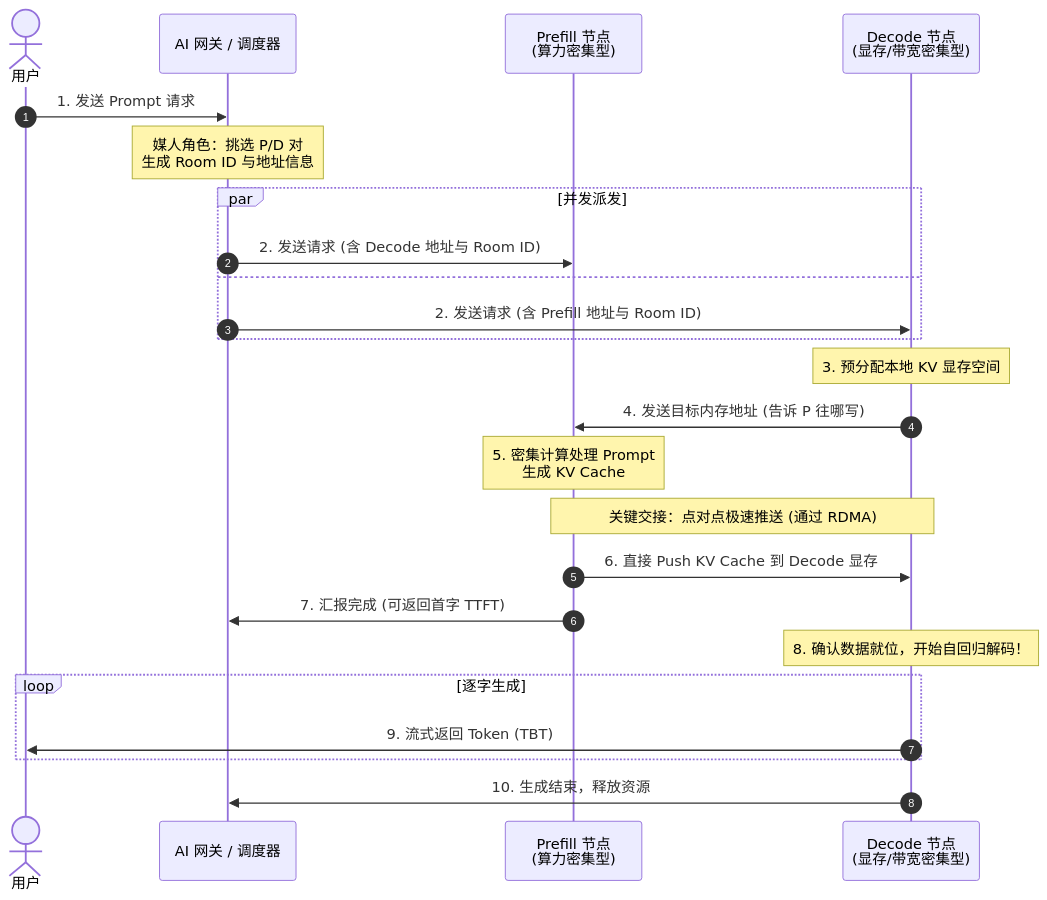
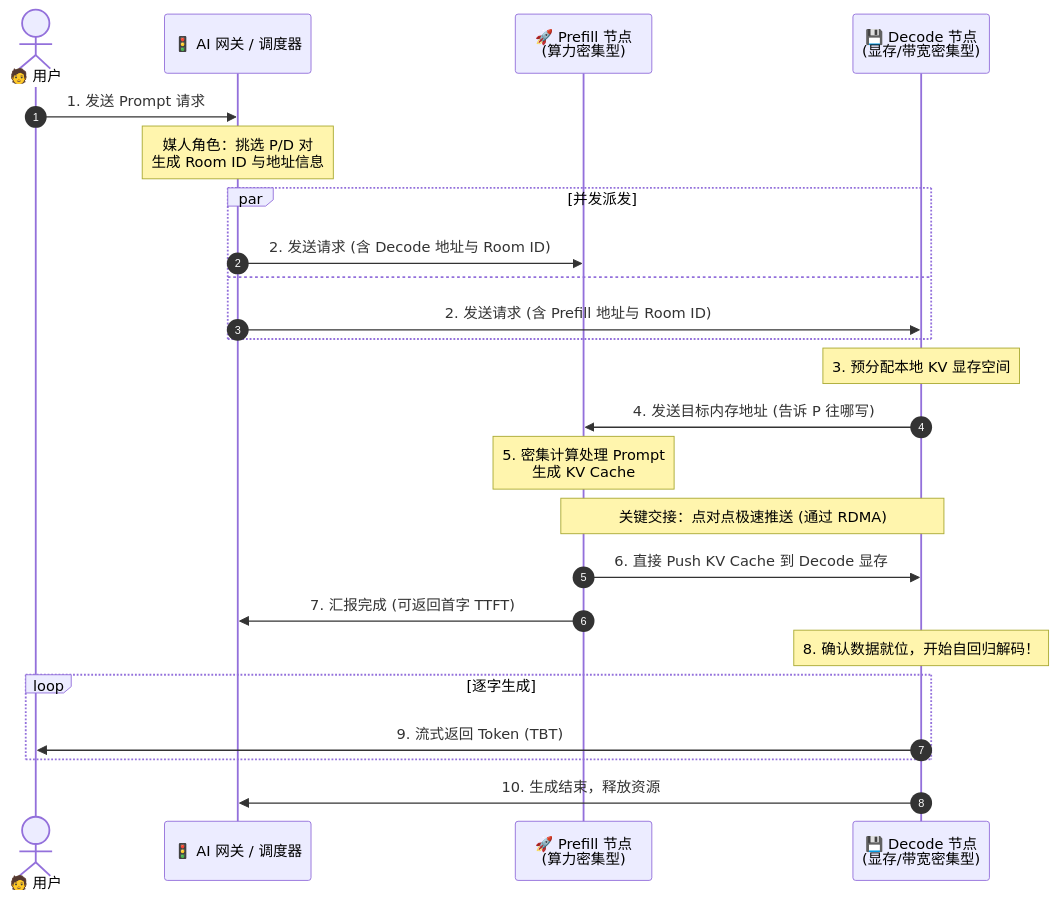
Before and after one commit to Random-Liu/llm-inference-principle-to-production: the diagram in parts/part4_distributed.cn.md, drawn with Mermaid. The commit also changed other lines of this file and 1 other file, not shown here.

Commit message:
style(distributed): Enhance disaggregated serving section with cross-links and emojis
Detailed summary of the changes:
- Added cross-links to Chapter 8 in both  and .
- Upgraded the hardware example from H100 to B200.
- Fixed mixed Chinese-English terms in Chapter 18, Section 3.
- Enhanced the Mermaid sequence diagram with appropriate emojis for all actors and participants.

````diff
--- a/parts/part4_distributed.cn.md
+++ b/parts/part4_distributed.cn.md
@@ -410,33 +410,33 @@
 ```mermaid
 sequenceDiagram
     autonumber
-    actor User as 用户
-    participant Gateway as AI 网关 / 调度器
-    participant Prefill as Prefill 节点<br/>(算力密集型)
-    participant Decode as Decode 节点<br/>(显存/带宽密集型)
+    actor User as 🧑 用户
+    participant Gateway as 🚦 AI 网关 / 调度器
+    participant Prefill as 🚀 Prefill 节点<br/>(算力密集型)
+    participant Decode as 💾 Decode 节点<br/>(显存/带宽密集型)
 
     User->>Gateway: 1. 发送 Prompt 请求
     Note over Gateway: 媒人角色：挑选 P/D 对<br/>生成 Room ID 与地址信息
     par 并发派发
         Gateway->>Prefill: 2. 发送请求 (含 Decode 地址与 Room ID)
     and
         Gateway->>Decode: 2. 发送请求 (含 Prefill 地址与 Room ID)
     end
     
     Note over Decode: 3. 预分配本地 KV 显存空间
     Decode->>Prefill: 4. 发送目标内存地址 (告诉 P 往哪写)
     
     Note over Prefill: 5. 密集计算处理 Prompt<br/>生成 KV Cache
     
     Note over Prefill, Decode: 关键交接：点对点极速推送 (通过 RDMA)
     Prefill->>Decode: 6. 直接 Push KV Cache 到 Decode 显存
     
     Prefill->>Gateway: 7. 汇报完成 (可返回首字 TTFT)
     
     Note over Decode: 8. 确认数据就位，开始自回归解码！
     
     loop 逐字生成
         Decode->>User: 9. 流式返回 Token (TBT)
     end
     Decode->>Gateway: 10. 生成结束，释放资源
 ```
````
